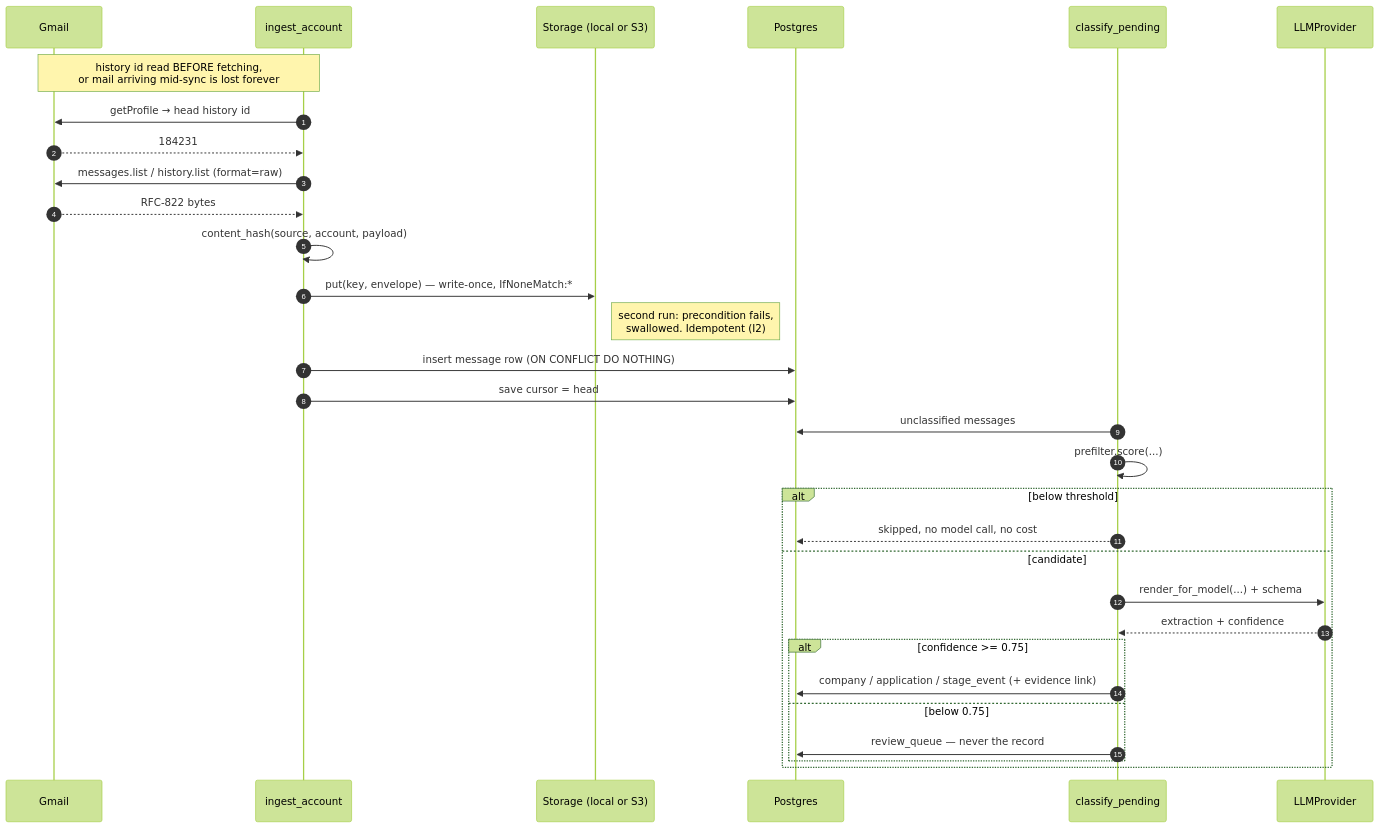
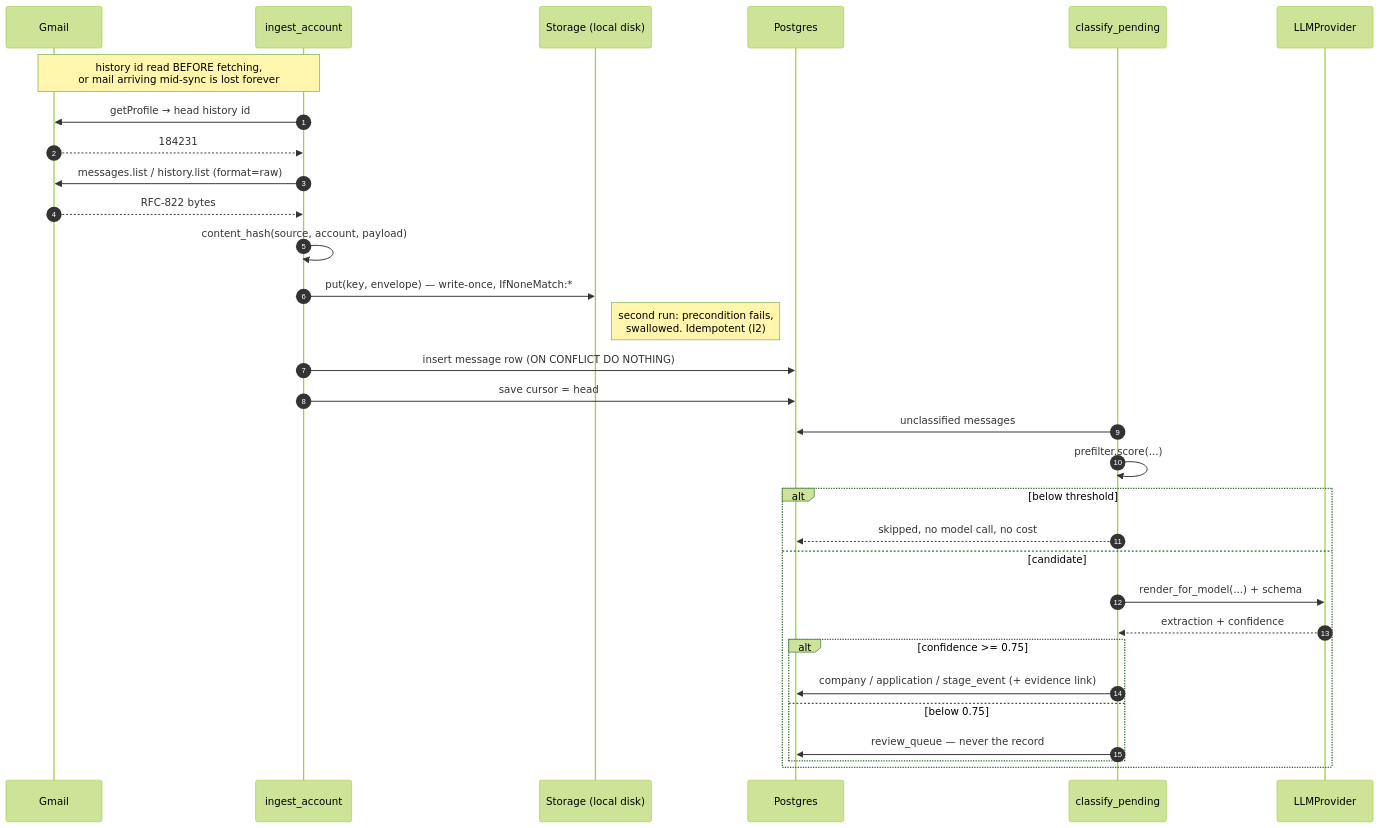
One commit to rsaim/jobd changed the second of 3 diagrams in docs/architecture.md. Above: the diagram before and after it, drawn with Mermaid (forest theme). The commit also changed other lines of this file and 11 other files, not shown here.

````diff
--- a/docs/architecture.md
+++ b/docs/architecture.md
@@ -84,36 +82,36 @@
 ```mermaid
 sequenceDiagram
     autonumber
     participant G as Gmail
     participant I as ingest_account
-    participant S as Storage (local or S3)
+    participant S as Storage (local disk)
     participant P as Postgres
     participant C as classify_pending
     participant M as LLMProvider
 
     Note over I,G: history id read BEFORE fetching,<br/>or mail arriving mid-sync is lost forever
     I->>G: getProfile → head history id
     G-->>I: 184231
     I->>G: messages.list / history.list (format=raw)
     G-->>I: RFC-822 bytes
 
     I->>I: content_hash(source, account, payload)
     I->>S: put(key, envelope) — write-once, IfNoneMatch:*
     Note right of S: second run: precondition fails,<br/>swallowed. Idempotent (I2)
     I->>P: insert message row (ON CONFLICT DO NOTHING)
     I->>P: save cursor = head
 
     C->>P: unclassified messages
     C->>C: prefilter.score(...)
     alt below threshold
         C-->>P: skipped, no model call, no cost
     else candidate
         C->>M: render_for_model(...) + schema
         M-->>C: extraction + confidence
         alt confidence >= 0.75
             C->>P: company / application / stage_event (+ evidence link)
         else below 0.75
             C->>P: review_queue — never the record
         end
     end
 ```
````
